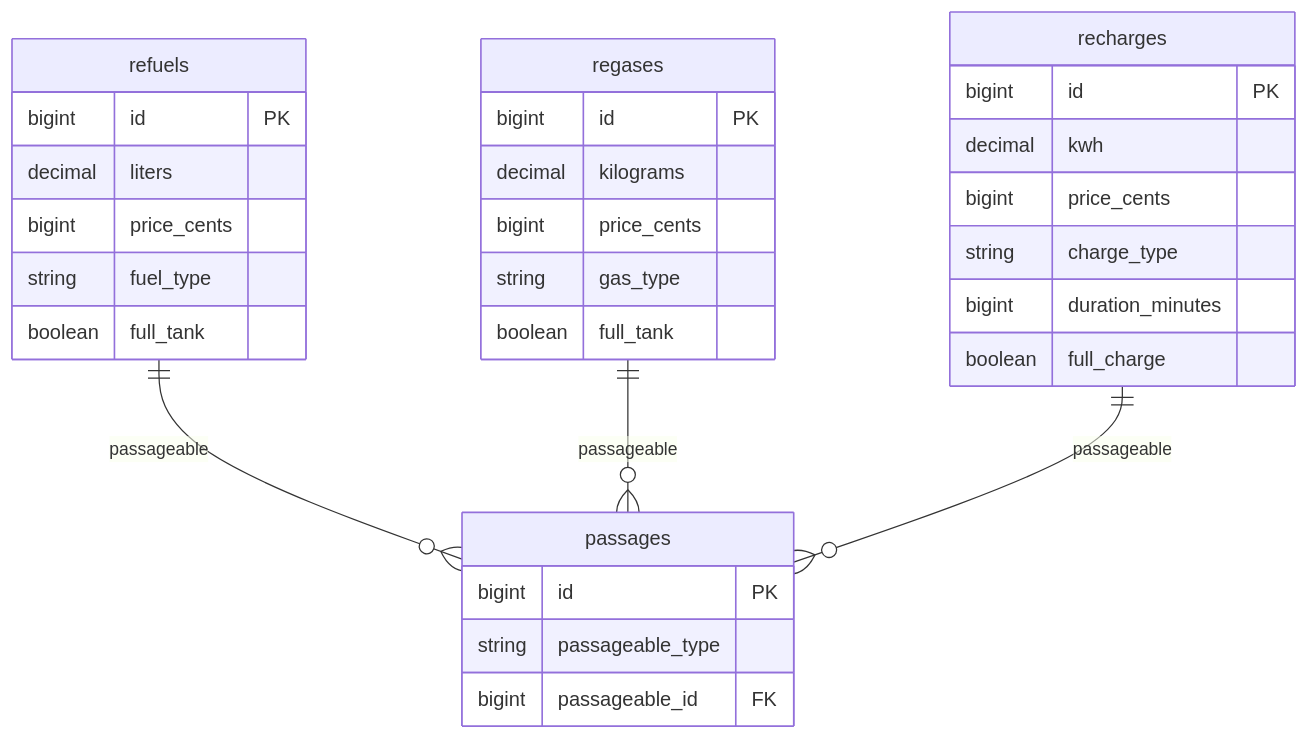
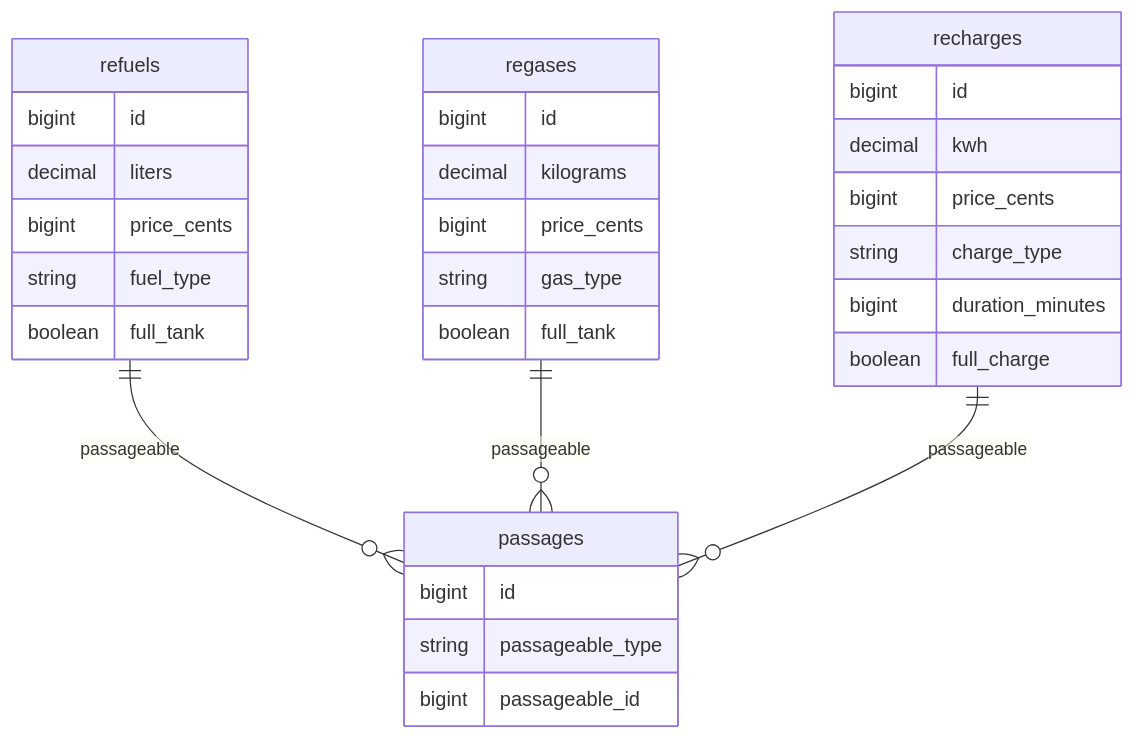
The fifth of 7 diagrams in .specs/schema.md (fcatuhe/crooz), drawn with Mermaid before and after one commit. The commit also changed other lines of this file, not shown here.

````diff
--- a/.specs/schema.md
+++ b/.specs/schema.md
@@ -280,37 +280,37 @@
 ```mermaid
 erDiagram
     passages {
-        bigint id PK
+        bigint id
         string passageable_type
-        bigint passageable_id FK
+        bigint passageable_id
     }
 
     refuels {
-        bigint id PK
+        bigint id
         decimal liters
         bigint price_cents
         string fuel_type
         boolean full_tank
     }
 
     regases {
-        bigint id PK
+        bigint id
         decimal kilograms
         bigint price_cents
         string gas_type
         boolean full_tank
     }
 
     recharges {
-        bigint id PK
+        bigint id
         decimal kwh
         bigint price_cents
         string charge_type
         bigint duration_minutes
         boolean full_charge
     }
 
     refuels ||--o{ passages : "passageable"
     regases ||--o{ passages : "passageable"
     recharges ||--o{ passages : "passageable"
 ```
````
